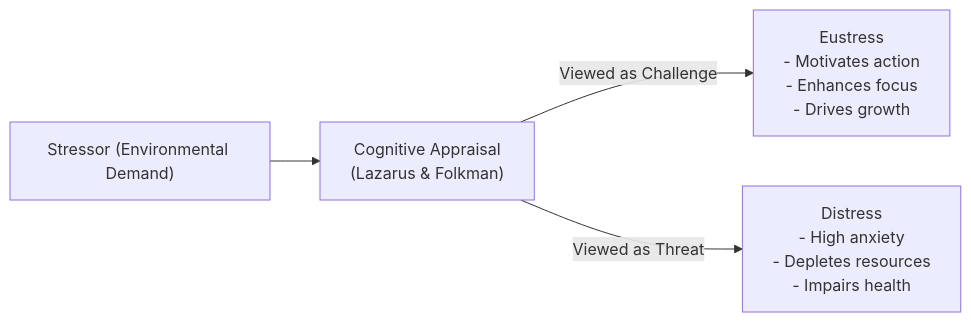
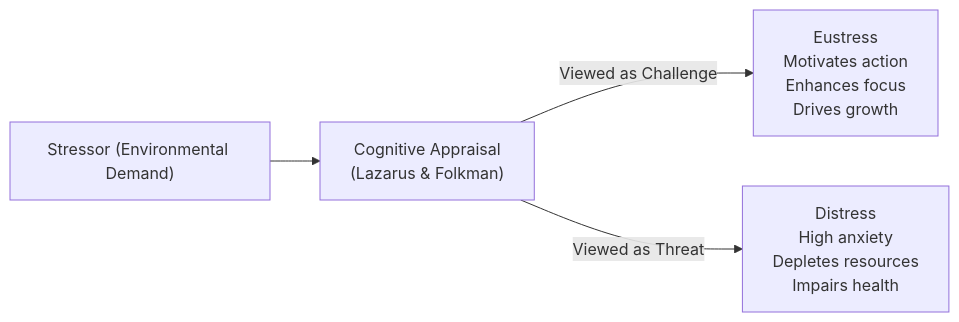
Before and after one commit to aidocmr/learn-bscs: the first of 5 diagrams in content/Year 1/Understanding the Self/15. Managing Stress and Taking Care of the Self.md, drawn with Mermaid. The commit also changed other lines of this file and 20 other files, not shown here.

First line of the commit message:
fix: Remove markdown lists and numbered prefixes from all Mermaid diagrams

````diff
--- a/content/Year 1/Understanding the Self/15. Managing Stress and Taking Care of the Self.md
+++ b/content/Year 1/Understanding the Self/15. Managing Stress and Taking Care of the Self.md
@@ -12,6 +12,6 @@
 ```mermaid
 graph LR
     Stressor["Stressor (Environmental Demand)"] --> Appr["Cognitive Appraisal<br/>(Lazarus & Folkman)"]
-    Appr -->|"Viewed as Challenge"| Eu["Eustress<br/>- Motivates action<br/>- Enhances focus<br/>- Drives growth"]
-    Appr -->|"Viewed as Threat"| Dis["Distress<br/>- High anxiety<br/>- Depletes resources<br/>- Impairs health"]
+    Appr -->|"Viewed as Challenge"| Eu["Eustress<br/>Motivates action<br/>Enhances focus<br/>Drives growth"]
+    Appr -->|"Viewed as Threat"| Dis["Distress<br/>High anxiety<br/>Depletes resources<br/>Impairs health"]
 ```
````
